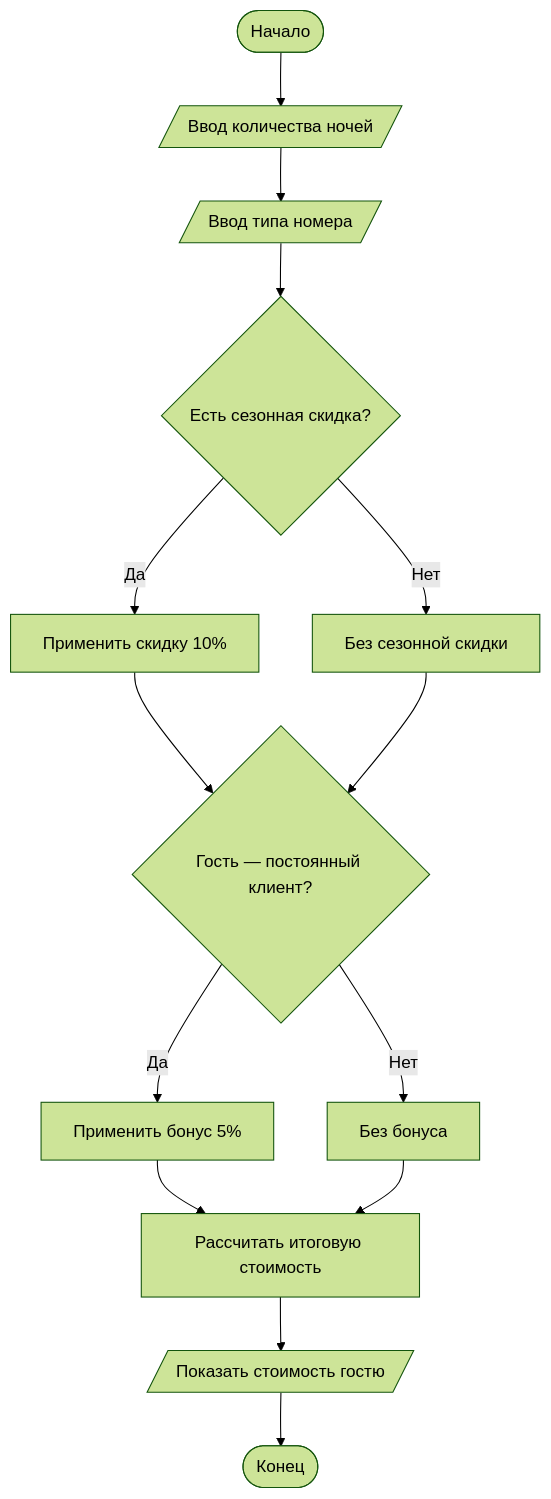
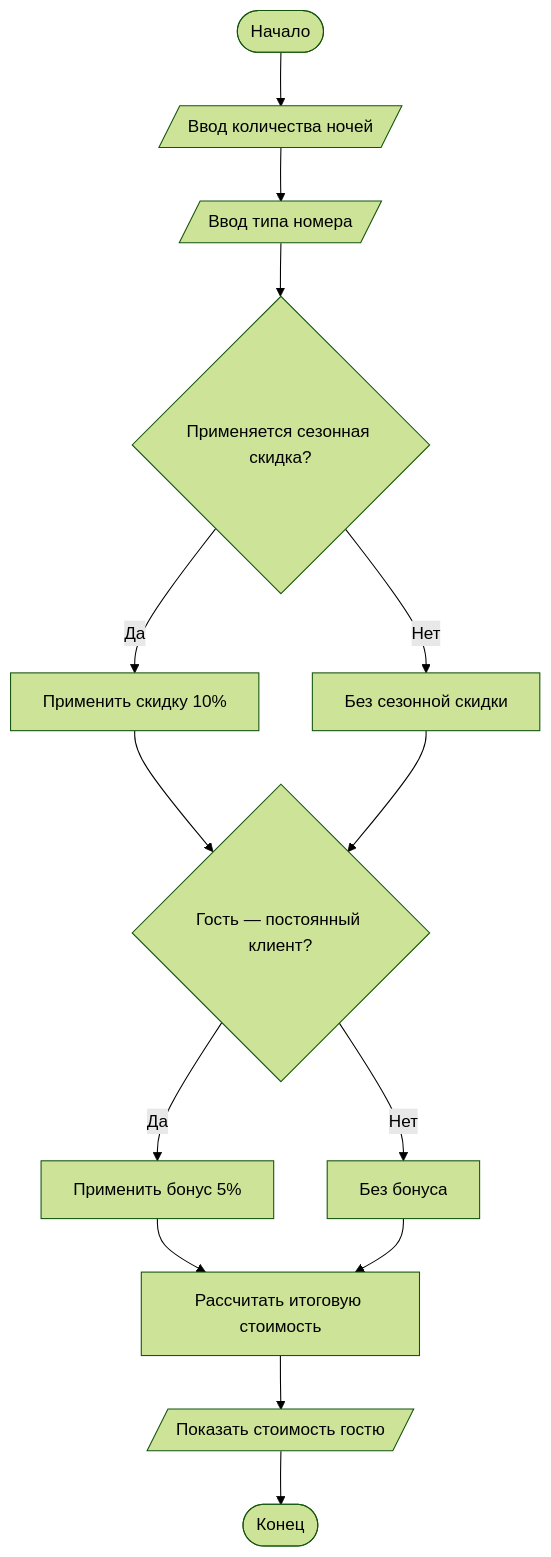
The diagram in lab1/docs/flowchart.md (Elizaveta-Borovik/visual-programming-labs-Borovik), drawn with Mermaid (forest theme) before and after one commit. The commit also changed 1 other file, not shown here.

Commit message:
Update Mermaid diagrams: minor text changes

````diff
--- a/lab1/docs/flowchart.md
+++ b/lab1/docs/flowchart.md
@@ -5,16 +5,16 @@
 ```mermaid
 flowchart TD
     A([Начало]) --> B[/Ввод количества ночей/]
     B --> C[/Ввод типа номера/]
-    C --> D{Есть сезонная скидка?}
+    C --> D{Применяется сезонная скидка?}
     D -->|Да| E[Применить скидку 10%]
     D -->|Нет| F[Без сезонной скидки]
     E --> G{Гость — постоянный клиент?}
     F --> G
     G -->|Да| H[Применить бонус 5%]
     G -->|Нет| I[Без бонуса]
     H --> J[Рассчитать итоговую стоимость]
     I --> J
     J --> K[/Показать стоимость гостю/]
     K --> L([Конец])
 ```
````
